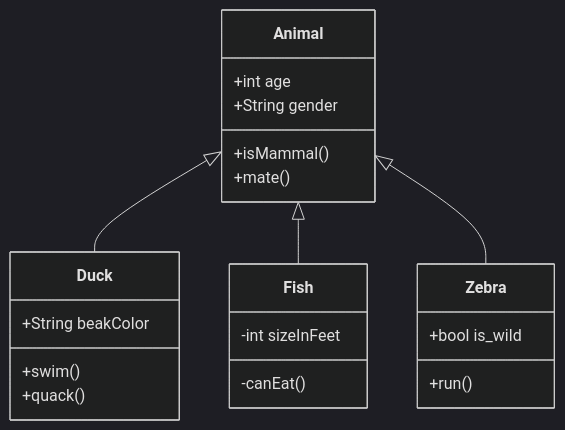
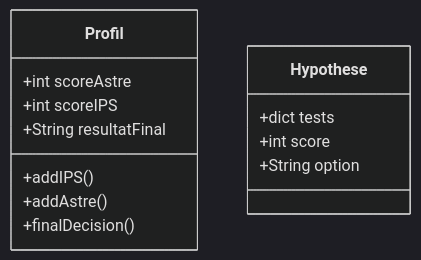
The diagram in README.md (dinoclier72/ASTREOuIPS), drawn with Mermaid (dark theme) before and after one commit.

Commit message:
created class diagram for readme

````diff
--- a/README.md
+++ b/README.md
@@ -3,23 +3,16 @@
 ```mermaid
 classDiagram
-      Animal <|-- Duck
-      Animal <|-- Fish
-      Animal <|-- Zebra
-      Animal : +int age
-      Animal : +String gender
-      Animal: +isMammal()
-      Animal: +mate()
-      class Duck{
-          +String beakColor
-          +swim()
-          +quack()
+      class Profil{
+            +int scoreAstre
+            +int scoreIPS
+            +String resultatFinal
+            +addIPS()
+            +addAstre()
+            +finalDecision()
       }
-      class Fish{
-          -int sizeInFeet
-          -canEat()
-      }
-      class Zebra{
-          +bool is_wild
-          +run()
+      class Hypothese{
+            +dict tests
+            +int score
+            +String option
       }
 ```
````
